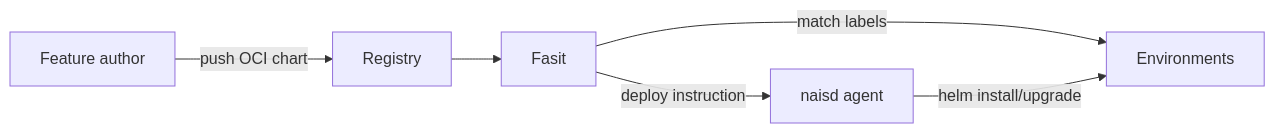
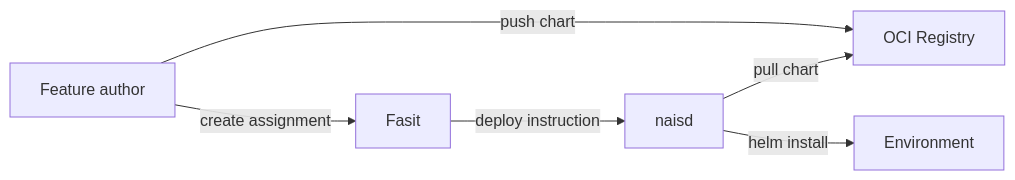
Before and after one commit to nais/fasit: the diagram in README.md, drawn with Mermaid.

Commit message:
docs: fix mermaid diagram to show actual data flow

````diff
--- a/README.md
+++ b/README.md
@@ -7,8 +7,8 @@
 ```mermaid
 graph LR
-    A[Feature author] -->|push OCI chart| B[Registry]
-    B --> C[Fasit]
-    C -->|match labels| D[Environments]
-    C -->|deploy instruction| E[naisd agent]
-    E -->|helm install/upgrade| D
+    A[Feature author] -->|push chart| R[OCI Registry]
+    A -->|create assignment| F[Fasit]
+    F -->|deploy instruction| N[naisd]
+    N -->|pull chart| R
+    N -->|helm install| E[Environment]
 ```
````
